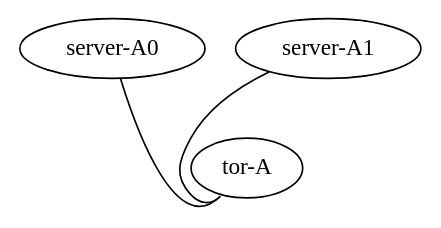
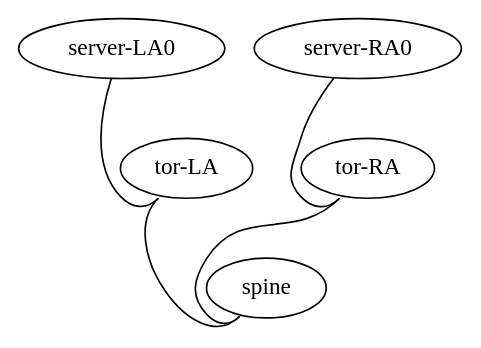
The diagram in Vagrant/Get_Started/topology.dot (datacompucrs/DataCenter-1), drawn with Graphviz before and after one commit. The commit also changed 34 other files, not shown here.

```diff
--- a/Vagrant/Get_Started/topology.dot
+++ b/Vagrant/Get_Started/topology.dot
@@ -1,9 +1,14 @@
 graph vx {
-"tor-A" [function="leaf" vagrant="eth1" os="hashicorp/bionic64" version="1.0.282" memory="500" config="./helper_scripts/config_production_switch.sh" ]
-"server-A0" [function="host" vagrant="eth3" os="hashicorp/bionic64" version="1.0.282" memory="500" config="./helper_scripts/config_production_server.sh" ]
-"server-A1" [function="host" vagrant="eth3" os="hashicorp/bionic64" version="1.0.282" memory="500" config="./helper_scripts/config_production_server.sh" ]
+"spine" [function="leaf" vagrant="eth1" os="hashicorp/bionic64" version="1.0.282" memory="600" config="./helper_scripts/config_production_switch.sh" ]
+"tor-LA" [function="leaf" vagrant="eth1" os="hashicorp/bionic64" version="1.0.282" memory="600" config="./helper_scripts/config_production_switch.sh" ]
+"server-LA0" [function="host" vagrant="eth3" os="hashicorp/bionic64" version="1.0.282" memory="600" config="./helper_scripts/config_production_server.sh" ]
 
+"tor-RA" [function="leaf" vagrant="eth1" os="hashicorp/bionic64" version="1.0.282" memory="600" config="./helper_scripts/config_production_switch.sh" ]
+"server-RA0" [function="host" vagrant="eth3" os="hashicorp/bionic64" version="1.0.282" memory="600" config="./helper_scripts/config_production_server.sh" ]
 
-"server-A0":"eth1" -- "tor-A":"swp1"
-"server-A1":"eth1" -- "tor-A":"swp2"
+"tor-LA":"swp50" -- "spine":"swp1"
+"tor-RA":"swp50" -- "spine":"swp2"
+
+"server-LA0":"eth1" -- "tor-LA":"swp1"
+"server-RA0":"eth1" -- "tor-RA":"swp1"
 }
```
